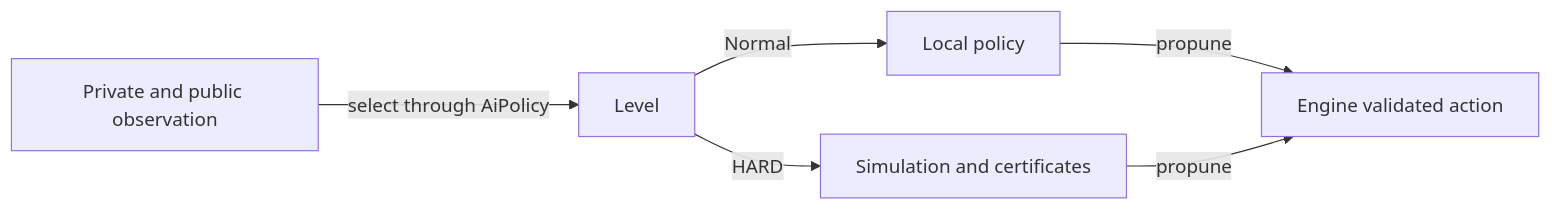
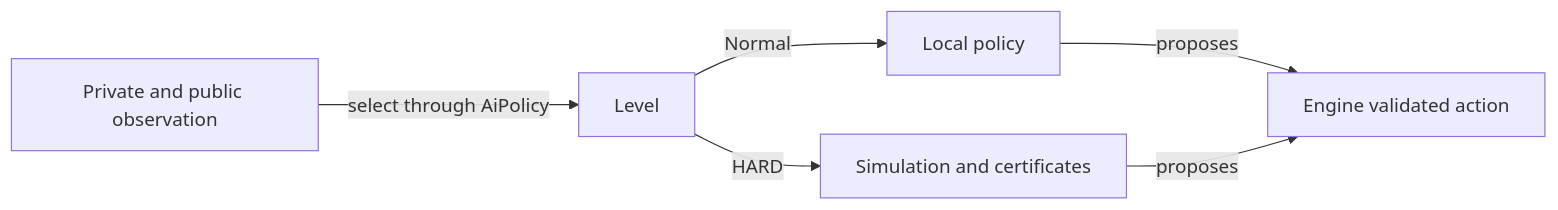
One commit to crististefanita/atf_j4 changed the diagram in docs/game/ATF_Levels.md. Above: the diagram before and after it, drawn with Mermaid. The commit also changed other lines of this file and 126 other files, not shown here.

````diff
--- a/docs/game/ATF_Levels.md
+++ b/docs/game/ATF_Levels.md
@@ -9,8 +9,8 @@
 ```mermaid
 flowchart LR
     OBS[Private and public observation] -->|select through AiPolicy| LEVEL[Level]
     LEVEL -->|Normal| NORMAL[Local policy]
     LEVEL -->|HARD| HARD[Simulation and certificates]
-    NORMAL -->|propune| LEGAL[Engine validated action]
-    HARD -->|propune| LEGAL
+    NORMAL -->|proposes| LEGAL[Engine validated action]
+    HARD -->|proposes| LEGAL
 ```
````
